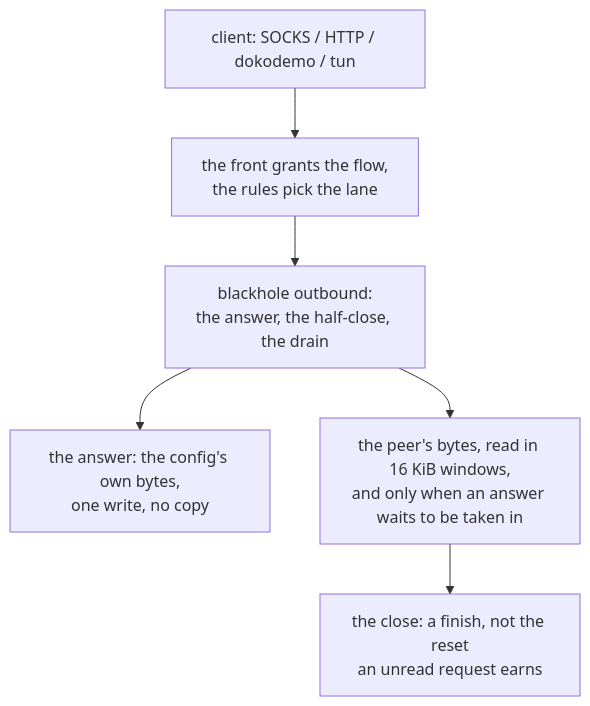
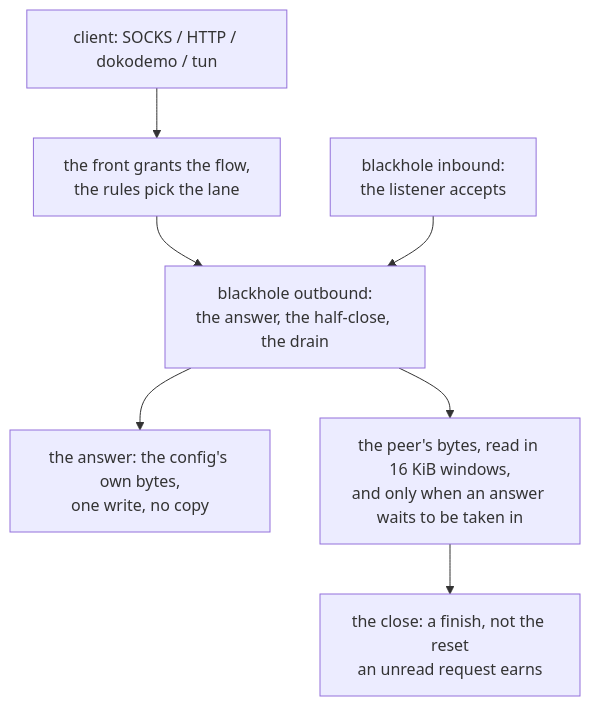
Before and after one commit to Ferrocite/ferrox: the diagram in docs/function/blackhole.md, drawn with Mermaid. The commit also changed other lines of this file and 5 other files, not shown here.

Commit message:
blackhole: serve the sink inbound with the outbound's answer

````diff
--- a/docs/function/blackhole.md
+++ b/docs/function/blackhole.md
@@ -17,8 +19,9 @@
 ```mermaid
 graph TD
     C["client: SOCKS / HTTP / dokodemo / tun"] --> G["the front grants the flow,<br/>the rules pick the lane"]
     G --> B["blackhole outbound:<br/>the answer, the half-close, the drain"]
+    L["blackhole inbound:<br/>the listener accepts"] --> B
     B --> A["the answer: the config's own bytes,<br/>one write, no copy"]
     B --> D["the peer's bytes, read in 16 KiB windows,<br/>and only when an answer waits to be taken in"]
     D --> E["the close: a finish, not the reset<br/>an unread request earns"]
 ```
````
